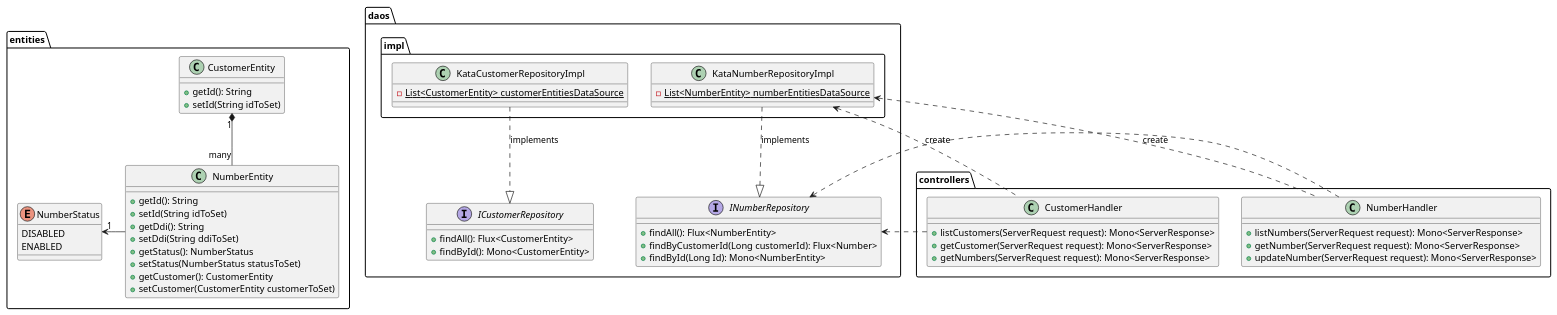
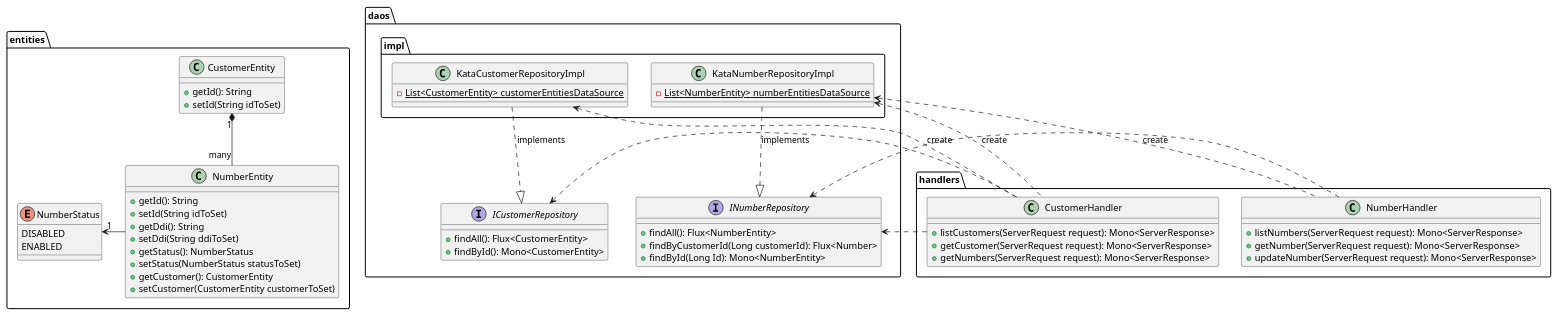
Before and after one commit to SofianeSadi/andigital-test: the diagram in documentation/class-diagram.puml, drawn with PlantUML. The commit also changed 11 other files, not shown here.

Commit message:
Refactoring - Separating test functions. Adding documentation - Renaming controllers package to handlers - Update UML class diagram.

```diff
--- a/documentation/class-diagram.puml
+++ b/documentation/class-diagram.puml
@@ -1,73 +1,75 @@
 @startuml
 package entities {
     class CustomerEntity {
         +getId(): String
         +setId(String idToSet)
     }
 
     class NumberEntity {
         +getId(): String
         +setId(String idToSet)
         +getDdi(): String
         +setDdi(String ddiToSet)
         +getStatus(): NumberStatus
         +setStatus(NumberStatus statusToSet)
         +getCustomer(): CustomerEntity
         +setCustomer(CustomerEntity customerToSet)
     }
 
     enum NumberStatus {
         DISABLED
         ENABLED
     }
 
     NumberEntity -left-> "1" NumberStatus
     CustomerEntity "1" *-- "many" NumberEntity
 }
 
 package daos {
     interface INumberRepository {
         +findAll(): Flux<NumberEntity>
         +findByCustomerId(Long customerId): Flux<Number>
         +findById(Long Id): Mono<NumberEntity>
     }
 
    interface ICustomerRepository {
         +findAll(): Flux<CustomerEntity>
         +findById(): Mono<CustomerEntity>
    }
 
     package impl {
         class KataNumberRepositoryImpl {
             -{static} List<NumberEntity> numberEntitiesDataSource
         }
         class KataCustomerRepositoryImpl {
             -{static} List<CustomerEntity> customerEntitiesDataSource
         }
     }
 
     KataNumberRepositoryImpl ..|> INumberRepository: implements
     KataCustomerRepositoryImpl ..|> ICustomerRepository: implements
 }
 
-package controllers {
+package handlers {
     class NumberHandler {
         +listNumbers(ServerRequest request): Mono<ServerResponse>
         +getNumber(ServerRequest request): Mono<ServerResponse>
         +updateNumber(ServerRequest request): Mono<ServerResponse>
     }
 
     class CustomerHandler {
         +listCustomers(ServerRequest request): Mono<ServerResponse>
         +getCustomer(ServerRequest request): Mono<ServerResponse>
         +getNumbers(ServerRequest request): Mono<ServerResponse>
     }
 }
 
 NumberHandler .up.> KataNumberRepositoryImpl: create
 CustomerHandler .up.> KataNumberRepositoryImpl: create
+CustomerHandler .up.> KataCustomerRepositoryImpl: create
 
 CustomerHandler ..> INumberRepository
+CustomerHandler ..> ICustomerRepository
 NumberHandler ..> INumberRepository
 
 @enduml
```
